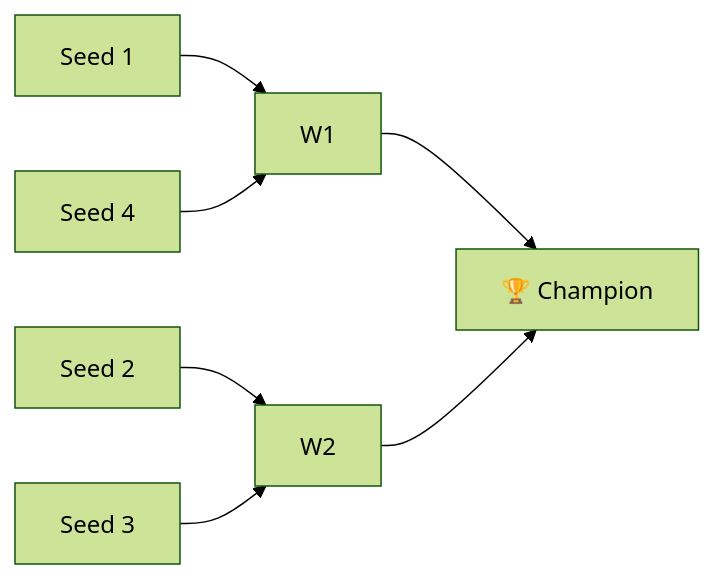
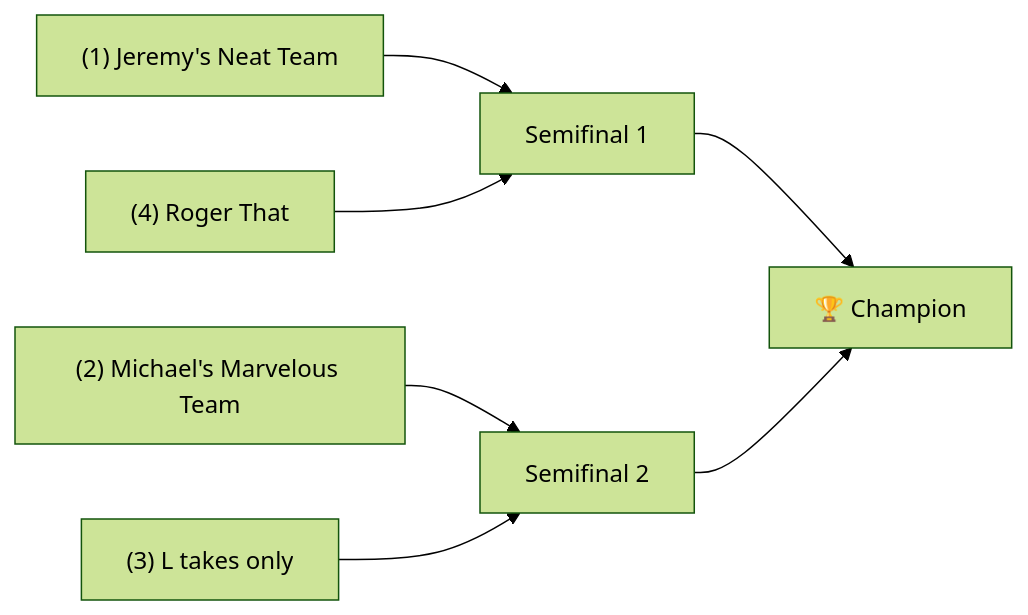
The diagram in zensical/docs/seasons/2022-season.md (narenp12/pine-hills-wiki), drawn with Mermaid (forest theme) before and after one commit. The commit also changed other lines of this file and 69 other files, not shown here.

````diff
--- a/zensical/docs/seasons/2022-season.md
+++ b/zensical/docs/seasons/2022-season.md
@@ -36,9 +37,9 @@
 ```mermaid
 flowchart LR
-    S1[Seed 1] --> W1
-    S4[Seed 4] --> W1
-    S2[Seed 2] --> W2
-    S3[Seed 3] --> W2
-    W1 --> Champ[🏆 Champion]
+    S1["(1) Jeremy's Neat Team"] --> W1[Semifinal 1]
+    S4["(4) Roger That"] --> W1
+    S2["(2) Michael's Marvelous Team"] --> W2[Semifinal 2]
+    S3["(3) L takes only"] --> W2
+    W1 --> Champ["🏆 Champion"]
     W2 --> Champ
 ```
````
